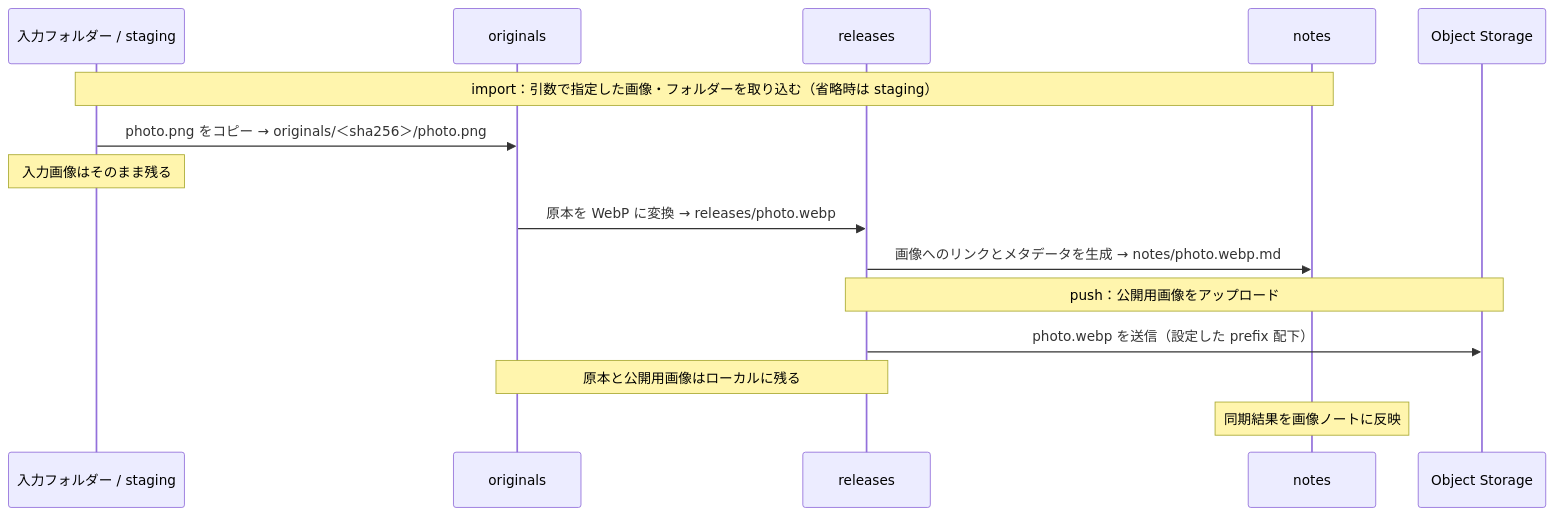
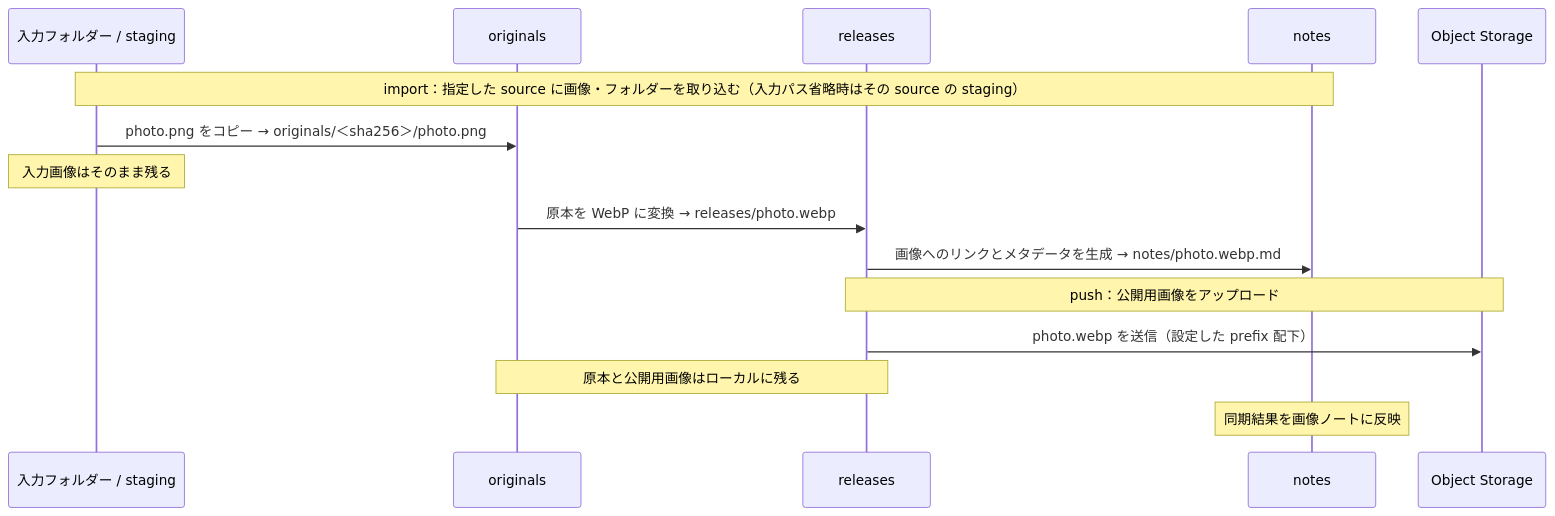
The second of 5 diagrams in README.md (tuckn/tkn_object_storage_catalog), drawn with Mermaid before and after one commit. The commit also changed other lines of this file and 15 other files, not shown here.

First line of the commit message:
Bump version to 0.8.0 and update schema version to 4.0.0

````diff
--- a/README.md
+++ b/README.md
@@ -124,18 +124,18 @@
 ```mermaid
 sequenceDiagram
     participant Input as 入力フォルダー / staging
     participant Originals as originals
     participant Releases as releases
     participant Notes as notes
     participant Cloud as Object Storage
 
-    Note over Input,Notes: import：引数で指定した画像・フォルダーを取り込む（省略時は staging）
+    Note over Input,Notes: import：指定した source に画像・フォルダーを取り込む（入力パス省略時はその source の staging）
     Input->>Originals: photo.png をコピー → originals/＜sha256＞/photo.png
     Note over Input: 入力画像はそのまま残る
     Originals->>Releases: 原本を WebP に変換 → releases/photo.webp
     Releases->>Notes: 画像へのリンクとメタデータを生成 → notes/photo.webp.md
     Note over Releases,Cloud: push：公開用画像をアップロード
     Releases->>Cloud: photo.webp を送信（設定した prefix 配下）
     Note over Originals,Releases: 原本と公開用画像はローカルに残る
     Note over Notes: 同期結果を画像ノートに反映
 ```
````
